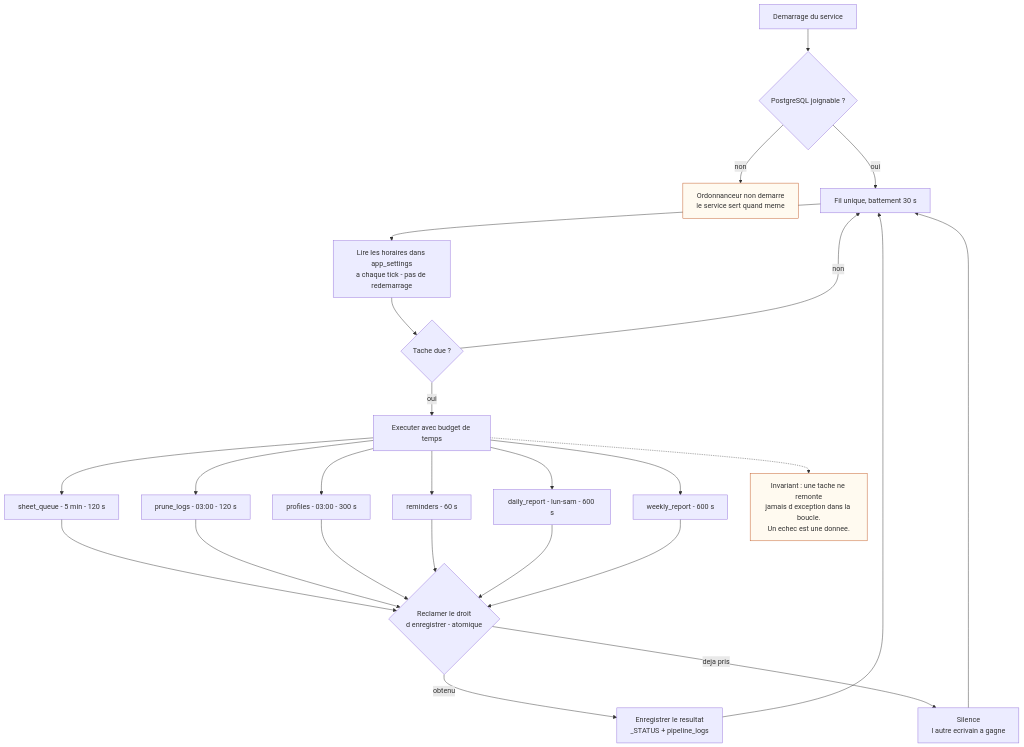
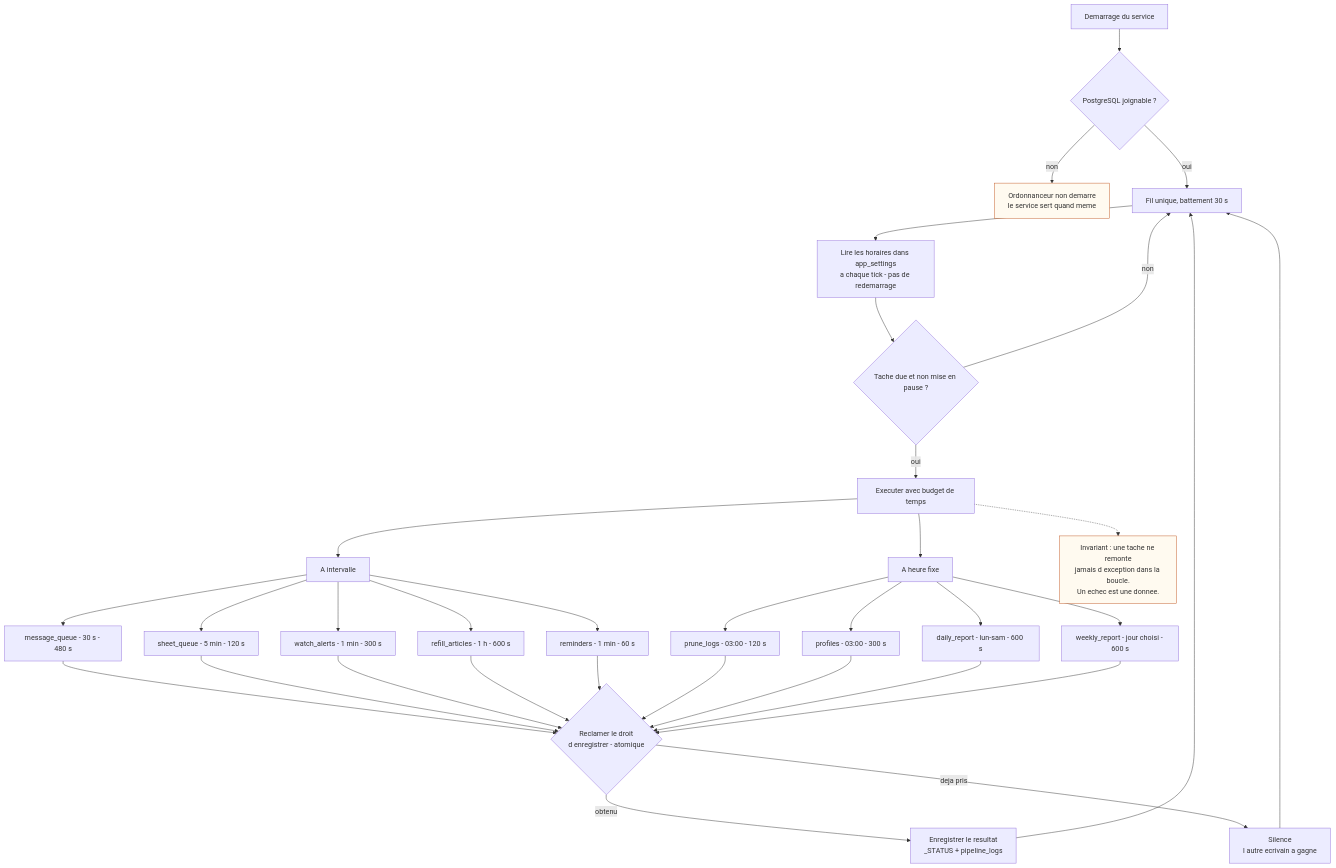
One commit to yassine808/PFE-aznet changed the diagram in Pres+report/diagrams/09-scheduler.mmd. Above: the diagram before and after it, drawn with Mermaid. The commit also changed 18 other files, not shown here.

```diff
--- a/Pres+report/diagrams/09-scheduler.mmd
+++ b/Pres+report/diagrams/09-scheduler.mmd
@@ -1,29 +1,36 @@
 flowchart TD
     START["Demarrage du service"] --> CHK{"PostgreSQL joignable ?"}
     CHK -- non --> OFF["Ordonnanceur non demarre<br/>le service sert quand meme"]
     CHK -- oui --> TH["Fil unique, battement 30 s"]
 
     TH --> READ["Lire les horaires dans app_settings<br/>a chaque tick - pas de redemarrage"]
-    READ --> DUE{"Tache due ?"}
+    READ --> DUE{"Tache due et non mise en pause ?"}
     DUE -- non --> TH
     DUE -- oui --> RUN["Executer avec budget de temps"]
 
-    RUN --> J1["sheet_queue - 5 min - 120 s"]
-    RUN --> J2["prune_logs - 03:00 - 120 s"]
-    RUN --> J3["profiles - 03:00 - 300 s"]
-    RUN --> J4["reminders - 60 s"]
-    RUN --> J5["daily_report - lun-sam - 600 s"]
-    RUN --> J6["weekly_report - 600 s"]
+    RUN --> INT["A intervalle"]
+    RUN --> FIX["A heure fixe"]
 
-    J1 & J2 & J3 & J4 & J5 & J6 --> CLAIM{"Reclamer le droit<br/>d enregistrer - atomique"}
+    INT --> J1["message_queue - 30 s - 480 s"]
+    INT --> J2["sheet_queue - 5 min - 120 s"]
+    INT --> J3["watch_alerts - 1 min - 300 s"]
+    INT --> J4["refill_articles - 1 h - 600 s"]
+    INT --> J5["reminders - 1 min - 60 s"]
+
+    FIX --> J6["prune_logs - 03:00 - 120 s"]
+    FIX --> J7["profiles - 03:00 - 300 s"]
+    FIX --> J8["daily_report - lun-sam - 600 s"]
+    FIX --> J9["weekly_report - jour choisi - 600 s"]
+
+    J1 & J2 & J3 & J4 & J5 & J6 & J7 & J8 & J9 --> CLAIM{"Reclamer le droit<br/>d enregistrer - atomique"}
     CLAIM -- "obtenu" --> REC["Enregistrer le resultat<br/>_STATUS + pipeline_logs"]
     CLAIM -- "deja pris" --> SILENT["Silence<br/>l autre ecrivain a gagne"]
 
     REC --> TH
     SILENT --> TH
 
     NOTE["Invariant : une tache ne remonte<br/>jamais d exception dans la boucle.<br/>Un echec est une donnee."]
     RUN -.-> NOTE
 
     classDef warn fill:#fffaf0,stroke:#c05621
     class NOTE,OFF warn
```
